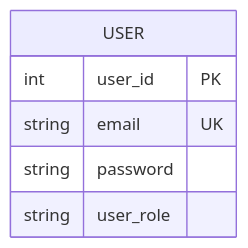
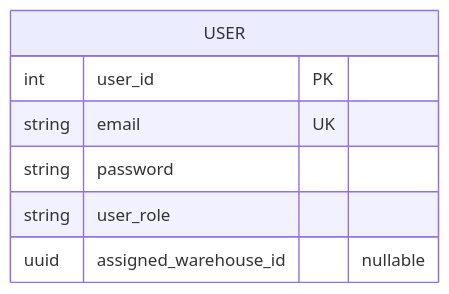
The first of 3 diagrams in docs/database-er-diagrams.md (livro1992/retail-system), drawn with Mermaid before and after one commit. The commit also changed other lines of this file and 29 other files, not shown here.

````diff
--- a/docs/database-er-diagrams.md
+++ b/docs/database-er-diagrams.md
@@ -19,9 +21,10 @@
 ```mermaid
 erDiagram
     USER {
         int user_id PK
         string email UK
         string password
         string user_role
+        uuid assigned_warehouse_id "nullable"
     }
 ```
````
